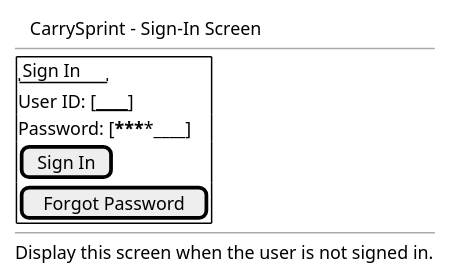
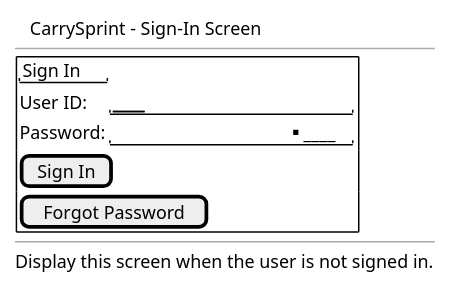
One commit to fangface-hub/carry_sprint_docs changed the diagram in docs/ui/screen_sign_in.puml. Above: the diagram before and after it, drawn with PlantUML. The commit also changed 11 other files, not shown here.

```diff
--- a/docs/ui/screen_sign_in.puml
+++ b/docs/ui/screen_sign_in.puml
@@ -1,20 +1,22 @@
 @startuml CarrySprintSignInScreen
 salt
 {
 {T
 + CarrySprint - Sign-In Screen
 }
 --
 {| 
 {+
 "Sign In"
-User ID: [____________________]
-Password: [****************____]
+{
+User ID:  | "____________________"
+Password: | "****************____"
+}
 [Sign In]
 [Forgot Password]
 }
 |}
 --
 Display this screen when the user is not signed in.
 }
 @enduml
```
